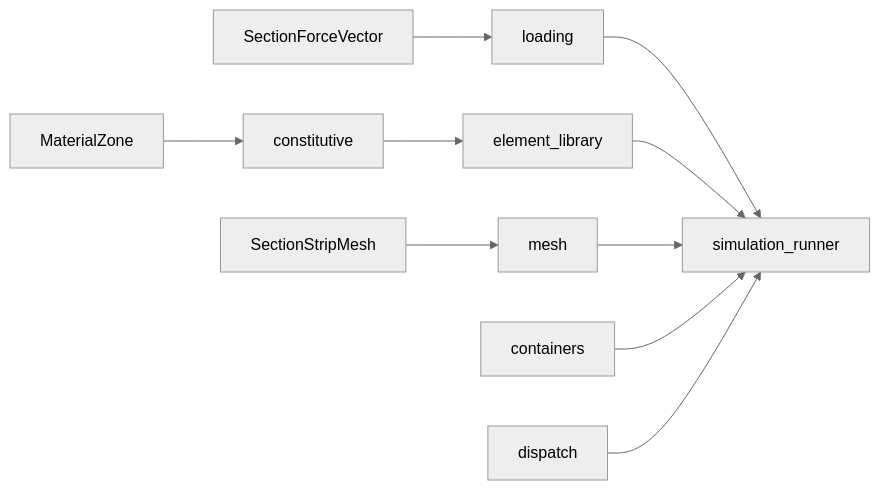
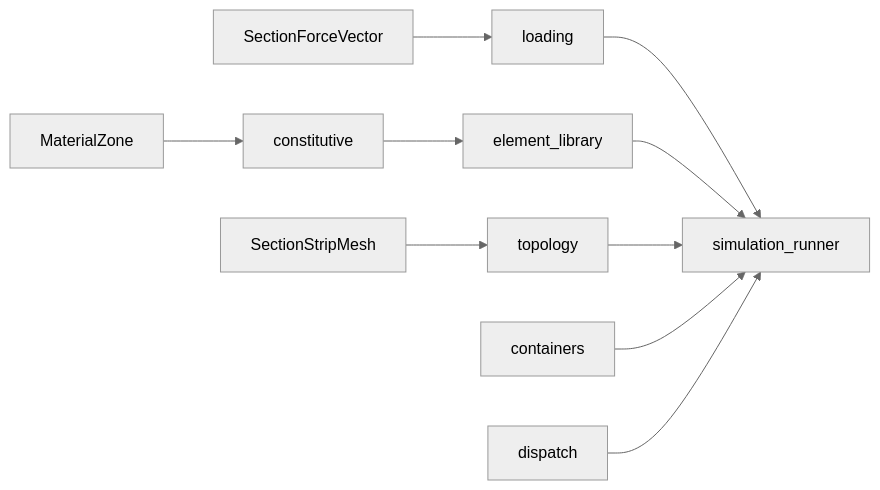
The diagram in section_shell_fea/pre_processing/README.md (samhughes-fea/shell-fem), drawn with Mermaid (neutral theme) before and after one commit. The commit also changed other lines of this file and 41 other files, not shown here.

````diff
--- a/section_shell_fea/pre_processing/README.md
+++ b/section_shell_fea/pre_processing/README.md
@@ -31,12 +39,12 @@
 ```mermaid
 flowchart LR
   SFV[SectionForceVector] --> loading
   zones[MaterialZone] --> constitutive
-  strip[SectionStripMesh] --> mesh
+  strip[SectionStripMesh] --> topology
   constitutive --> element_library
   loading --> runner[simulation_runner]
   element_library --> runner
-  mesh --> runner
+  topology --> runner
   containers --> runner
   dispatch --> runner
 ```
````
